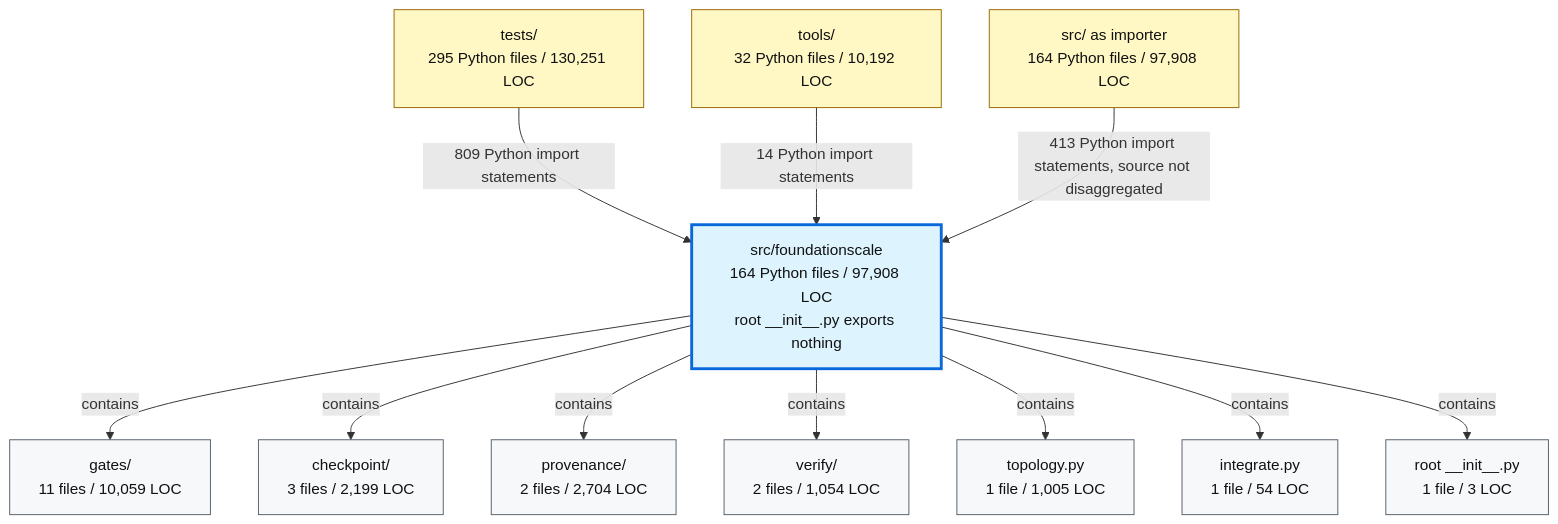
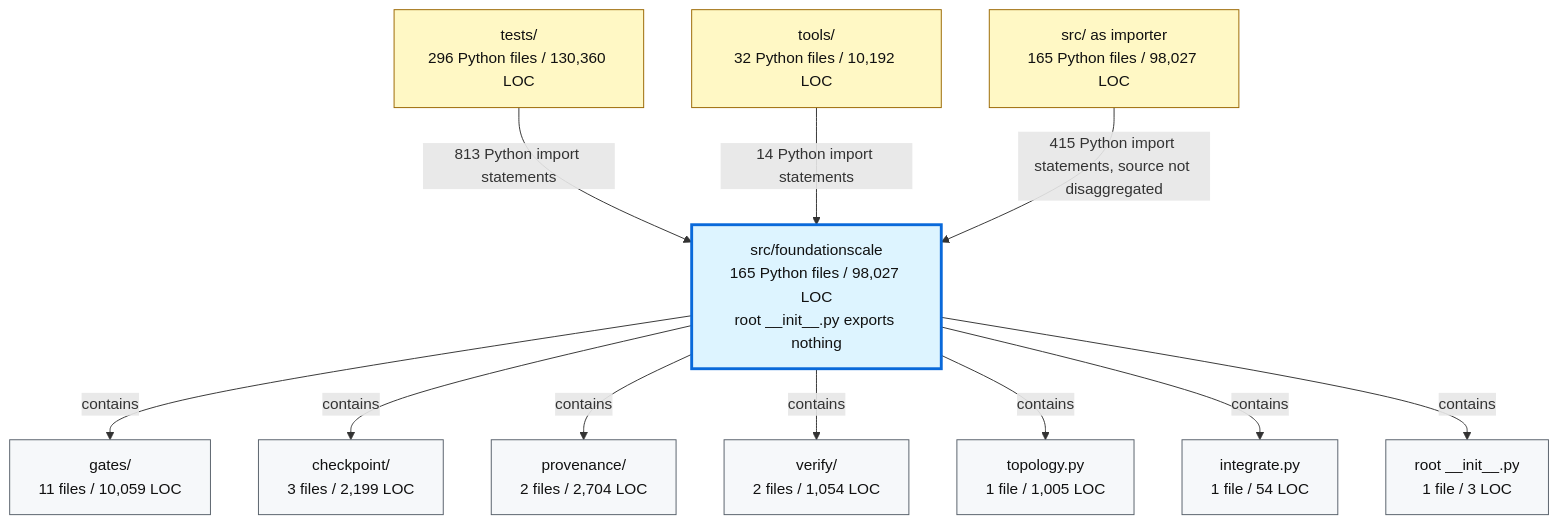
One commit to TranNhiem/FoundationScale changed the second of 2 diagrams in docs/review/D2_current_architecture.md. Above: the diagram before and after it, drawn with Mermaid. The commit also changed other lines of this file and 10 other files, not shown here.

````diff
--- a/docs/review/D2_current_architecture.md
+++ b/docs/review/D2_current_architecture.md
@@ -97,36 +97,36 @@
 ```mermaid
 flowchart TB
-  TESTS["tests/<br/>295 Python files / 130,251 LOC"]
+  TESTS["tests/<br/>296 Python files / 130,360 LOC"]
   TOOLS["tools/<br/>32 Python files / 10,192 LOC"]
-  SRC["src/ as importer<br/>164 Python files / 97,908 LOC"]
+  SRC["src/ as importer<br/>165 Python files / 98,027 LOC"]
 
-  FS["src/foundationscale<br/>164 Python files / 97,908 LOC<br/>root __init__.py exports nothing"]
+  FS["src/foundationscale<br/>165 Python files / 98,027 LOC<br/>root __init__.py exports nothing"]
 
   GATES["gates/<br/>11 files / 10,059 LOC"]
   CKPT["checkpoint/<br/>3 files / 2,199 LOC"]
   PROV["provenance/<br/>2 files / 2,704 LOC"]
   VERIFY["verify/<br/>2 files / 1,054 LOC"]
   TOPO["topology.py<br/>1 file / 1,005 LOC"]
   INTEG["integrate.py<br/>1 file / 54 LOC"]
   ROOT["root __init__.py<br/>1 file / 3 LOC"]
 
-  TESTS -->|"809 Python import statements"| FS
+  TESTS -->|"813 Python import statements"| FS
   TOOLS -->|"14 Python import statements"| FS
-  SRC -->|"413 Python import statements, source not disaggregated"| FS
+  SRC -->|"415 Python import statements, source not disaggregated"| FS
 
   FS -->|"contains"| GATES
   FS -->|"contains"| CKPT
   FS -->|"contains"| PROV
   FS -->|"contains"| VERIFY
   FS -->|"contains"| TOPO
   FS -->|"contains"| INTEG
   FS -->|"contains"| ROOT
 
   classDef consumer fill:#fff8c5,stroke:#9a6700,color:#111;
   classDef package fill:#ddf4ff,stroke:#0969da,stroke-width:3px,color:#111;
   classDef module fill:#f6f8fa,stroke:#57606a,color:#111;
 
   class TESTS,TOOLS,SRC consumer;
   class FS package;
   class GATES,CKPT,PROV,VERIFY,TOPO,INTEG,ROOT module;
 ```
````
